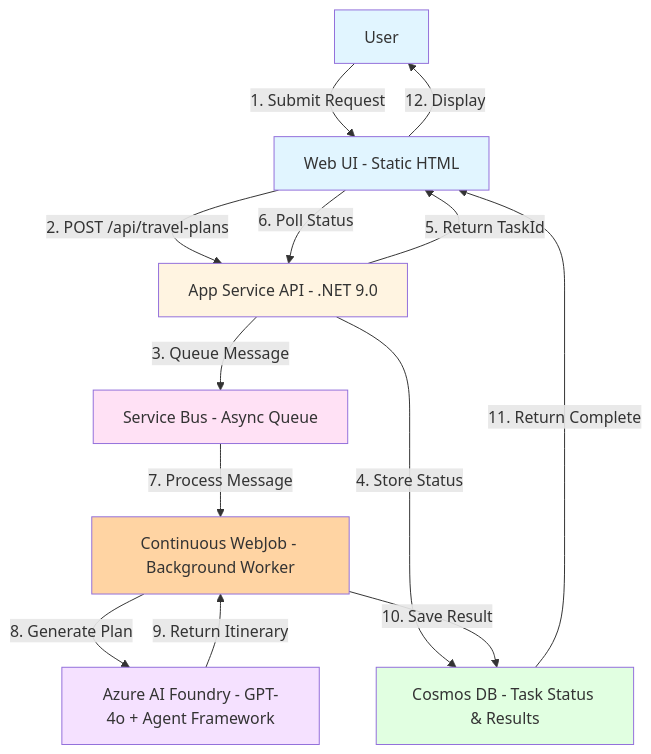
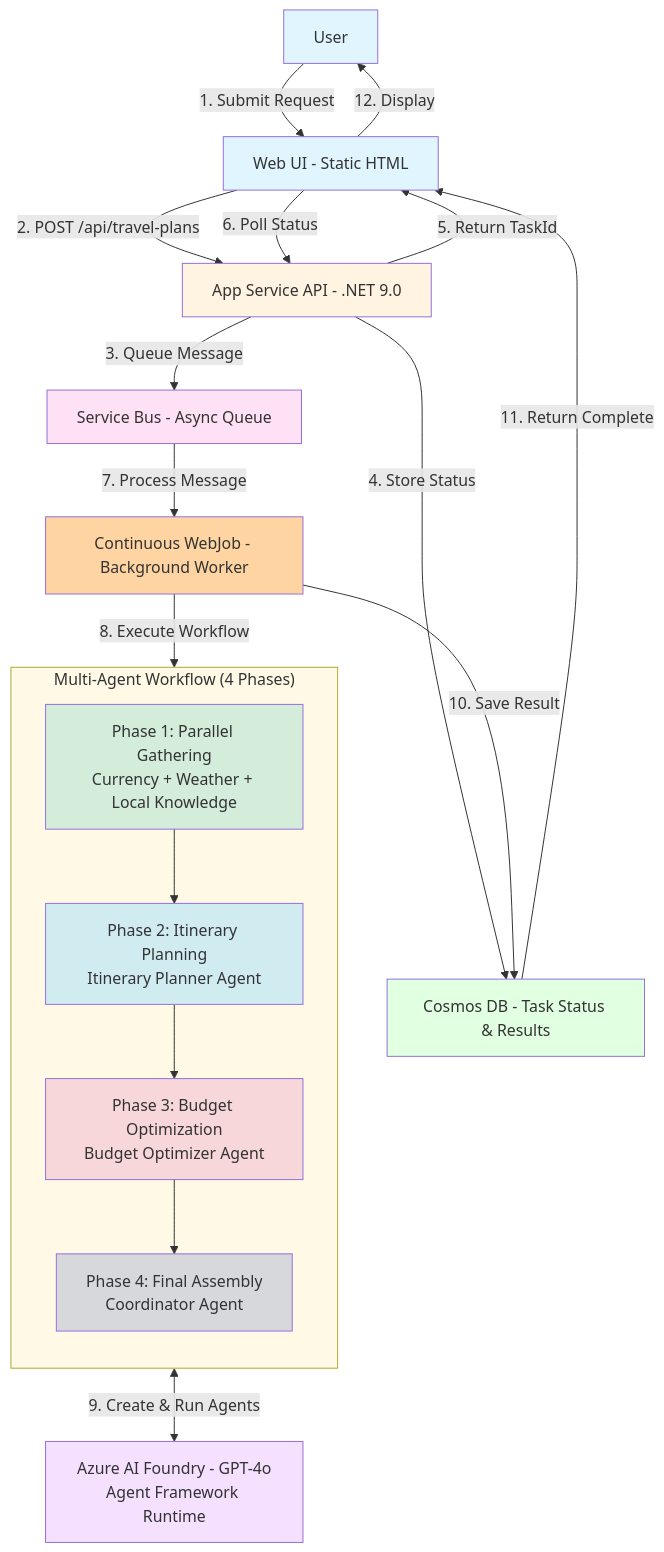
The diagram in README.md (Azure-Samples/app-service-maf-workflow-travel-agent-dotnet), drawn with Mermaid before and after one commit. The commit also changed other lines of this file and 1 other file, not shown here.

````diff
--- a/README.md
+++ b/README.md
@@ -212,31 +212,49 @@
 ```mermaid
 flowchart TB
     User[User]
     UI[Web UI - Static HTML]
     API[App Service API - .NET 9.0]
     WebJob[Continuous WebJob - Background Worker]
     ServiceBus[Service Bus - Async Queue]
     Cosmos[Cosmos DB - Task Status & Results]
-    AI[Azure AI Foundry - GPT-4o + Agent Framework]
+    
+    subgraph Workflow["Multi-Agent Workflow (4 Phases)"]
+        direction TB
+        Phase1["Phase 1: Parallel Gathering<br/>Currency + Weather + Local Knowledge"]
+        Phase2["Phase 2: Itinerary Planning<br/>Itinerary Planner Agent"]
+        Phase3["Phase 3: Budget Optimization<br/>Budget Optimizer Agent"]
+        Phase4["Phase 4: Final Assembly<br/>Coordinator Agent"]
+        
+        Phase1 --> Phase2
+        Phase2 --> Phase3
+        Phase3 --> Phase4
+    end
+    
+    AI[Azure AI Foundry - GPT-4o<br/>Agent Framework Runtime]
 
     User -->|1. Submit Request| UI
     UI -->|2. POST /api/travel-plans| API
     API -->|3. Queue Message| ServiceBus
     API -->|4. Store Status| Cosmos
     API -->|5. Return TaskId| UI
     UI -->|6. Poll Status| API
     ServiceBus -->|7. Process Message| WebJob
-    WebJob -->|8. Generate Plan| AI
-    AI -->|9. Return Itinerary| WebJob
+    WebJob -->|8. Execute Workflow| Workflow
+    Workflow <-->|9. Create & Run Agents| AI
     WebJob -->|10. Save Result| Cosmos
     Cosmos -->|11. Return Complete| UI
     UI -->|12. Display| User
 
     style User fill:#e1f5ff
     style UI fill:#e1f5ff
     style API fill:#fff4e1
     style WebJob fill:#ffd4a3
     style ServiceBus fill:#ffe1f5
     style Cosmos fill:#e1ffe1
     style AI fill:#f5e1ff
+    style Workflow fill:#fff9e6
+    style Phase1 fill:#d4edda
+    style Phase2 fill:#d1ecf1
+    style Phase3 fill:#f8d7da
+    style Phase4 fill:#d6d8db
 ```
````
